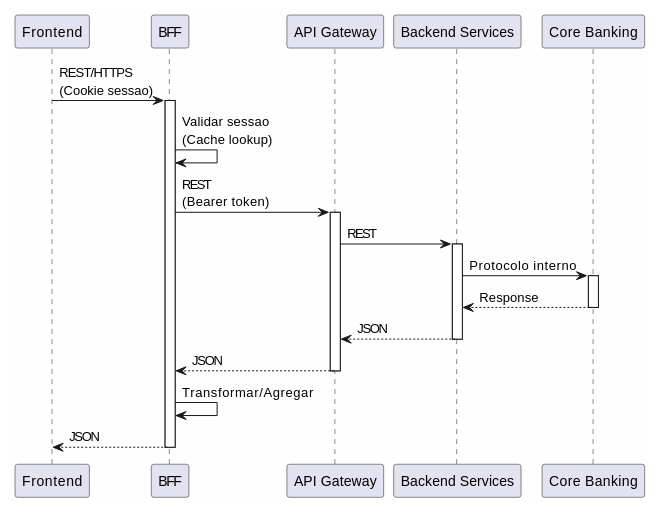
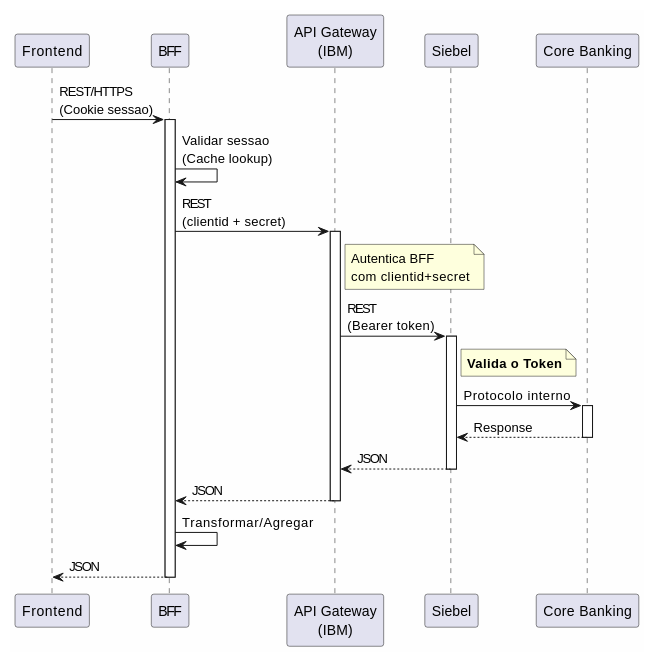
One commit to beduardo/novobanco_website_doc changed the second of 3 diagrams in current/sections/SEC-05-arquitetura-backend-servicos.md. Above: the diagram before and after it, drawn with PlantUML. The commit also changed other lines of this file and 6 other files, not shown here.

Commit message:
Diagrama de arquitetura único

````diff
--- a/current/sections/SEC-05-arquitetura-backend-servicos.md
+++ b/current/sections/SEC-05-arquitetura-backend-servicos.md
@@ -181,37 +147,39 @@
 ```plantuml
 @startuml
 skinparam backgroundColor #FEFEFE
 
 participant "Frontend" as FE
 participant "BFF" as BFF
-participant "API Gateway" as GW
-participant "Backend Services" as BE
+participant "API Gateway\n(IBM)" as GW
+participant "Siebel" as SIEBEL
 participant "Core Banking" as CORE
 
 FE -> BFF : REST/HTTPS\n(Cookie sessao)
 activate BFF
 
 BFF -> BFF : Validar sessao\n(Cache lookup)
-BFF -> GW : REST\n(Bearer token)
+BFF -> GW : REST\n(clientid + secret)
 activate GW
+note right of GW: Autentica BFF\ncom clientid+secret
 
-GW -> BE : REST
-activate BE
+GW -> SIEBEL : REST\n(Bearer token)
+activate SIEBEL
+note right of SIEBEL: **Valida o Token**
 
-BE -> CORE : Protocolo interno
+SIEBEL -> CORE : Protocolo interno
 activate CORE
-CORE --> BE : Response
+CORE --> SIEBEL : Response
 deactivate CORE
 
-BE --> GW : JSON
-deactivate BE
+SIEBEL --> GW : JSON
+deactivate SIEBEL
 
 GW --> BFF : JSON
 deactivate GW
 
 BFF -> BFF : Transformar/Agregar
 BFF --> FE : JSON
 deactivate BFF
 
 @enduml
 ```
````
